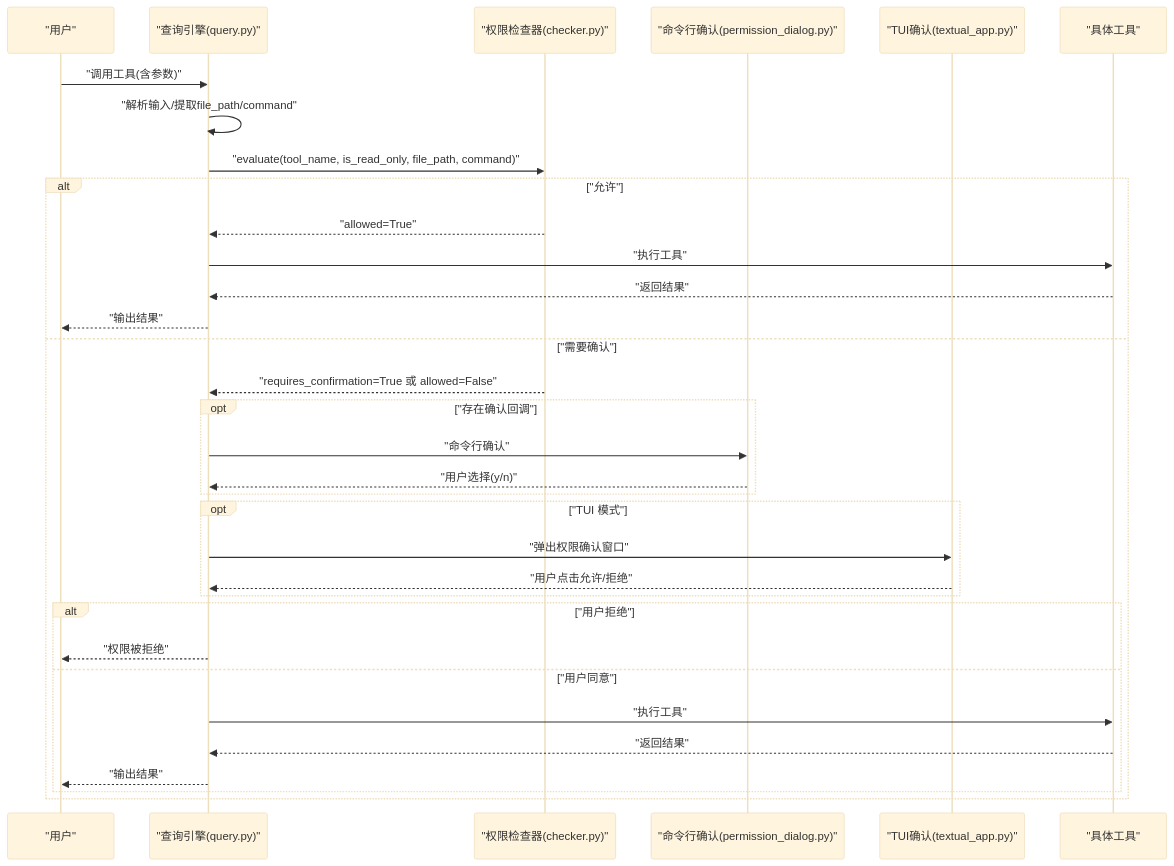
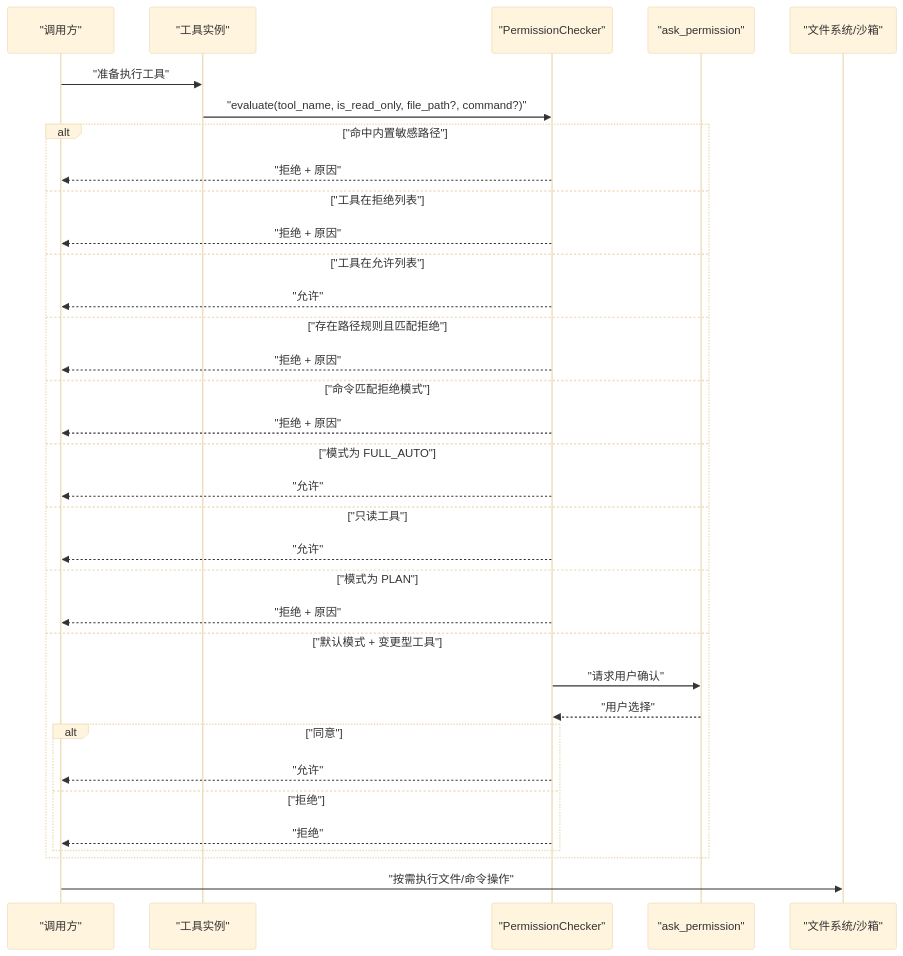
The second of 4 diagrams in .qoder/repowiki/zh/content/核心概念/权限控制系统.md (haolange/OpenHarness), drawn with Mermaid (base theme) before and after one commit. The commit also changed other lines of this file and 222 other files, not shown here.

````diff
--- a/.qoder/repowiki/zh/content/核心概念/权限控制系统.md
+++ b/.qoder/repowiki/zh/content/核心概念/权限控制系统.md
@@ -127,35 +117,36 @@
 ```mermaid
 sequenceDiagram
-participant User as "用户"
-participant Engine as "查询引擎(query.py)"
-participant Checker as "权限检查器(checker.py)"
-participant DialogCLI as "命令行确认(permission_dialog.py)"
-participant DialogTUI as "TUI确认(textual_app.py)"
-participant Tool as "具体工具"
-User->>Engine : "调用工具(含参数)"
-Engine->>Engine : "解析输入/提取file_path/command"
-Engine->>Checker : "evaluate(tool_name, is_read_only, file_path, command)"
-alt "允许"
-Checker-->>Engine : "allowed=True"
-Engine->>Tool : "执行工具"
-Tool-->>Engine : "返回结果"
-Engine-->>User : "输出结果"
-else "需要确认"
-Checker-->>Engine : "requires_confirmation=True 或 allowed=False"
-opt "存在确认回调"
-Engine->>DialogCLI : "命令行确认"
-DialogCLI-->>Engine : "用户选择(y/n)"
-end
-opt "TUI 模式"
-Engine->>DialogTUI : "弹出权限确认窗口"
-DialogTUI-->>Engine : "用户点击允许/拒绝"
-end
-alt "用户拒绝"
-Engine-->>User : "权限被拒绝"
-else "用户同意"
-Engine->>Tool : "执行工具"
-Tool-->>Engine : "返回结果"
-Engine-->>User : "输出结果"
+participant Caller as "调用方"
+participant Tool as "工具实例"
+participant Checker as "PermissionChecker"
+participant Dialog as "ask_permission"
+participant FS as "文件系统/沙箱"
+Caller->>Tool : "准备执行工具"
+Tool->>Checker : "evaluate(tool_name, is_read_only, file_path?, command?)"
+alt "命中内置敏感路径"
+Checker-->>Caller : "拒绝 + 原因"
+else "工具在拒绝列表"
+Checker-->>Caller : "拒绝 + 原因"
+else "工具在允许列表"
+Checker-->>Caller : "允许"
+else "存在路径规则且匹配拒绝"
+Checker-->>Caller : "拒绝 + 原因"
+else "命令匹配拒绝模式"
+Checker-->>Caller : "拒绝 + 原因"
+else "模式为 FULL_AUTO"
+Checker-->>Caller : "允许"
+else "只读工具"
+Checker-->>Caller : "允许"
+else "模式为 PLAN"
+Checker-->>Caller : "拒绝 + 原因"
+else "默认模式 + 变更型工具"
+Checker->>Dialog : "请求用户确认"
+Dialog-->>Checker : "用户选择"
+alt "同意"
+Checker-->>Caller : "允许"
+else "拒绝"
+Checker-->>Caller : "拒绝"
 end
 end
+Caller->>FS : "按需执行文件/命令操作"
 ```
````
